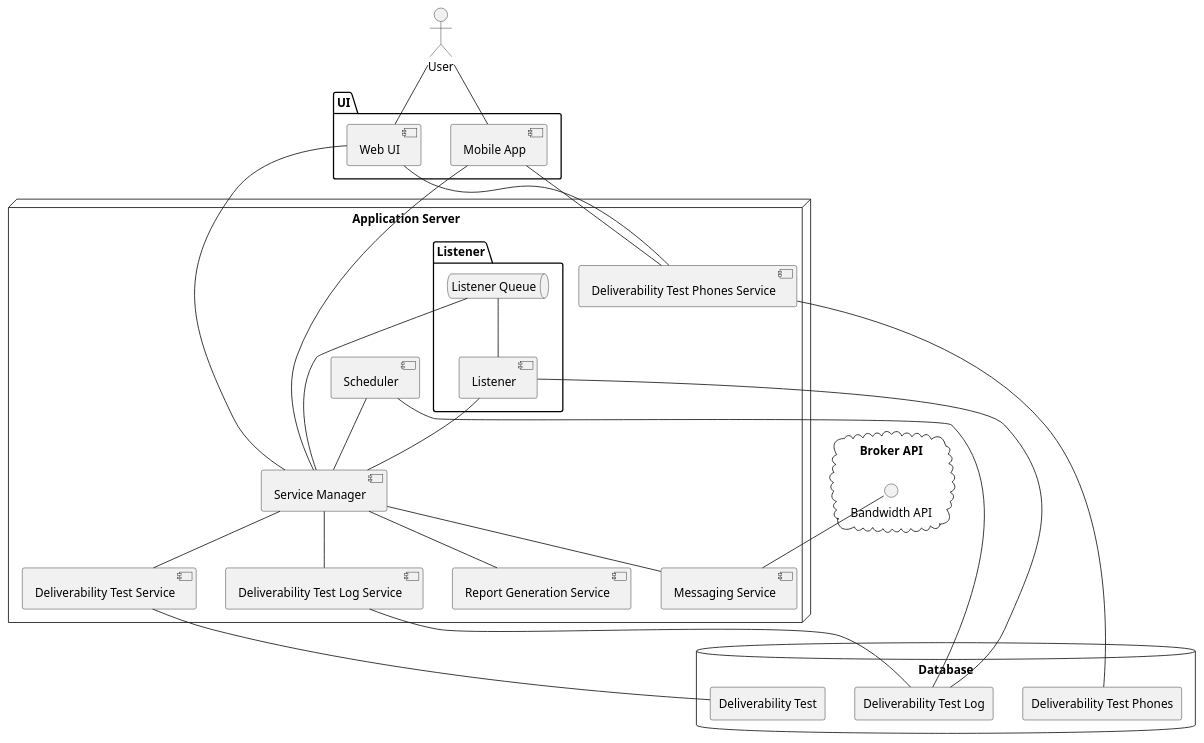
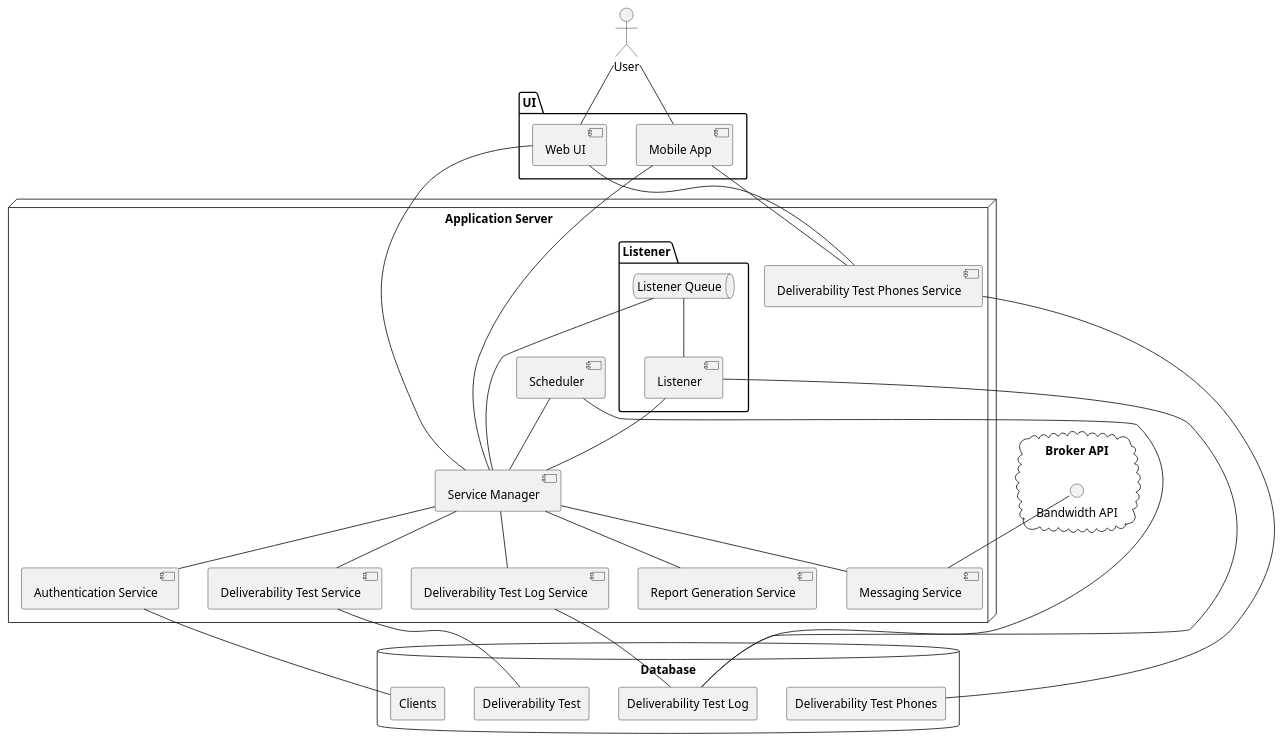
Before and after one commit to Xyz0074/testing-diagrams: the diagram in src/microservices-component-diagram.puml, drawn with PlantUML. The commit also changed 5 other files, not shown here.

Commit message:
Updated architecture to include authentication service.

```diff
--- a/src/microservices-component-diagram.puml
+++ b/src/microservices-component-diagram.puml
@@ -1,67 +1,71 @@
 @startuml
 
 /'Defines all the components in the diagram, including the actor.'/
 User as user
 
 package UI {
     component "Web UI" as web_ui
     component "Mobile App" as mobile_app
 }
 
 node "Application Server" {
     component "Service Manager" as service_manager
 
     package "Listener" {
         queue "Listener Queue" as listener_queue
         component "Listener" as listener
     }
 
     component "Deliverability Test Log Service" as dtl_service
     component "Deliverability Test Service" as dt_service
     component "Deliverability Test Phones Service" as dtp_service
     component "Report Generation Service" as rg_service
     component "Scheduler" as scheduler
     component "Messaging Service" as messenger
+    component "Authentication Service" as auth
 }
 
 cloud "Broker API" {
     interface "Bandwidth API" as bandwidth
 }
 
 database Database {
     skinparam componentStyle rectangle
     component "Deliverability Test Log" as dtl
     component "Deliverability Test" as dt
     component "Deliverability Test Phones" as dtp
+    component "Clients" as clients
     skinparam componentStyle uml2
 }
 
 /'Defines the interactions between the components in the diagram.'/
 /'Frontend Interactions'/
 user -- web_ui
 user -- mobile_app
 web_ui -- service_manager
 mobile_app -- service_manager
 web_ui -- dtp_service
 mobile_app -- dtp_service
 
 /'Backend Interactions'/
 service_manager -- listener_queue
 listener_queue -- listener
 listener -- service_manager
 service_manager -- dt_service
 service_manager -- dtl_service
 service_manager -- rg_service
 scheduler -- service_manager
 service_manager -- messenger
+service_manager -- auth
 
 /'Database Interactions'/
 listener -- dtl
 scheduler -- dtl
 dtp_service -- dtp
 dtl_service -- dtl
 dt_service -- dt
+auth -- clients
 
 /'Third Party Interactions'/
 bandwidth -- messenger
 @enduml
```
